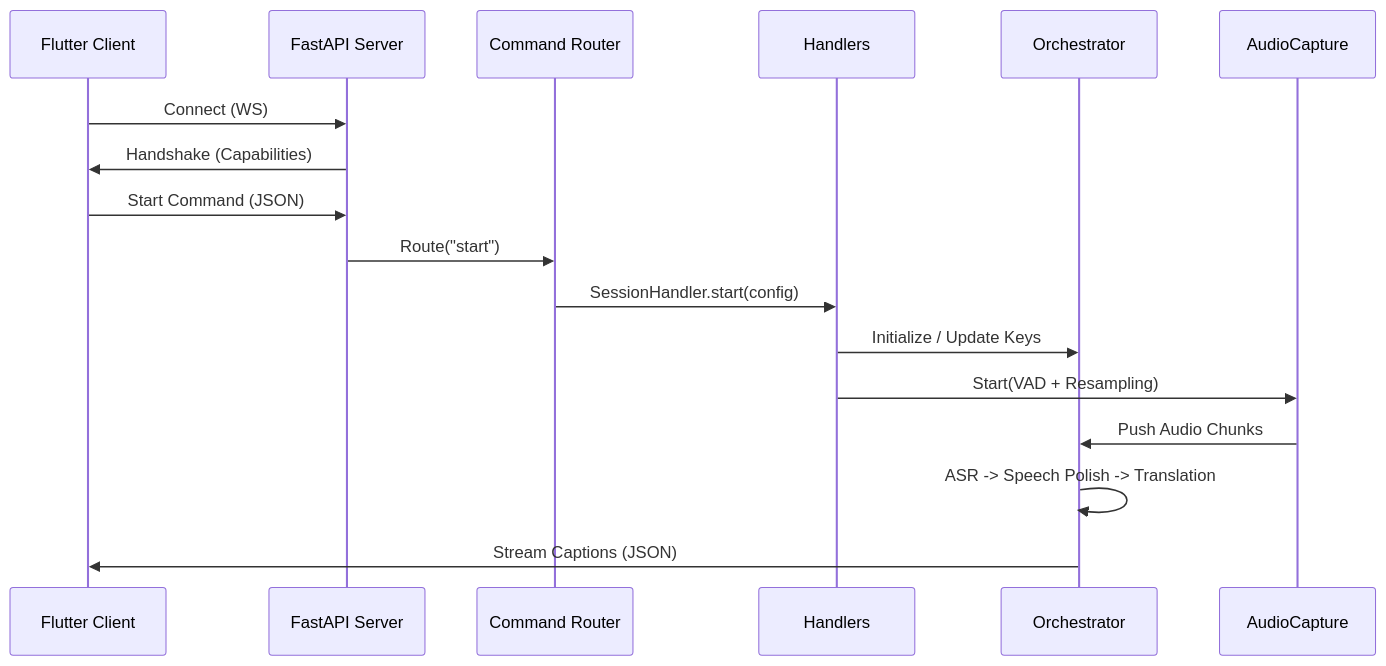
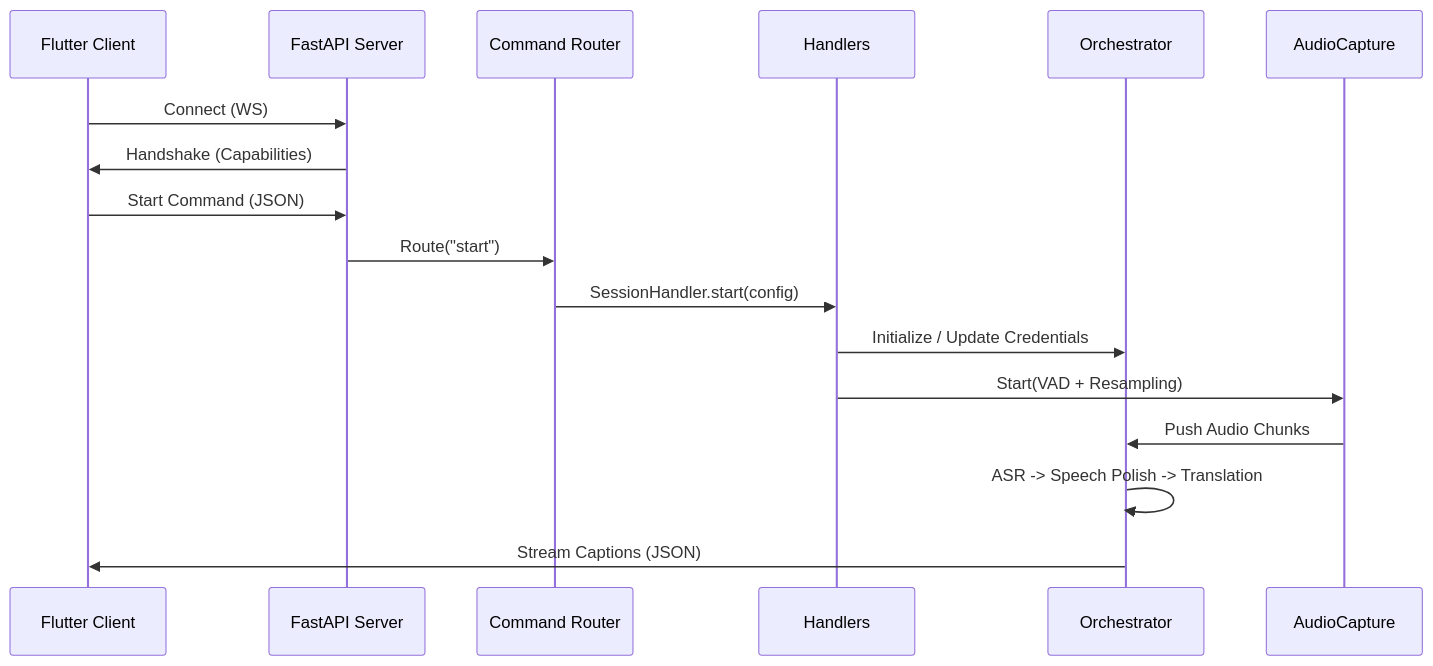
One commit to Marshal-GG/omni-bridge-translator changed the diagram in docs/python_architecture.md. Above: the diagram before and after it, drawn with Mermaid. The commit also changed other lines of this file and 32 other files, not shown here.

````diff
--- a/docs/python_architecture.md
+++ b/docs/python_architecture.md
@@ -86,20 +124,20 @@
 ```mermaid
 sequenceDiagram
     participant C as Flutter Client
     participant S as FastAPI Server
     participant R as Command Router
     participant H as Handlers
     participant O as Orchestrator
     participant A as AudioCapture
 
     C->>S: Connect (WS)
     S->>C: Handshake (Capabilities)
     C->>S: Start Command (JSON)
     S->>R: Route("start")
     R->>H: SessionHandler.start(config)
-    H->>O: Initialize / Update Keys
+    H->>O: Initialize / Update Credentials
     H->>A: Start(VAD + Resampling)
     A->>O: Push Audio Chunks
     O->>O: ASR -> Speech Polish -> Translation
     O->>C: Stream Captions (JSON)
 ```
````
